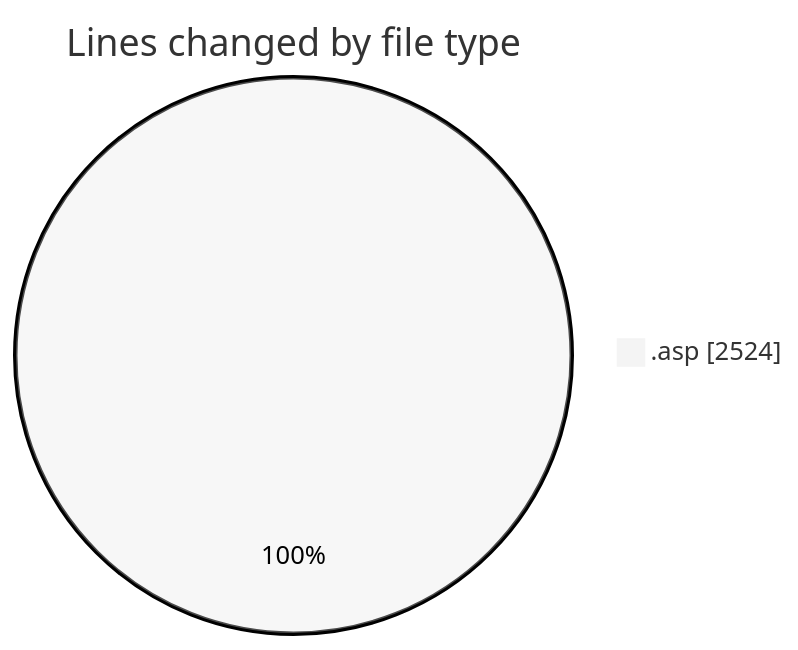
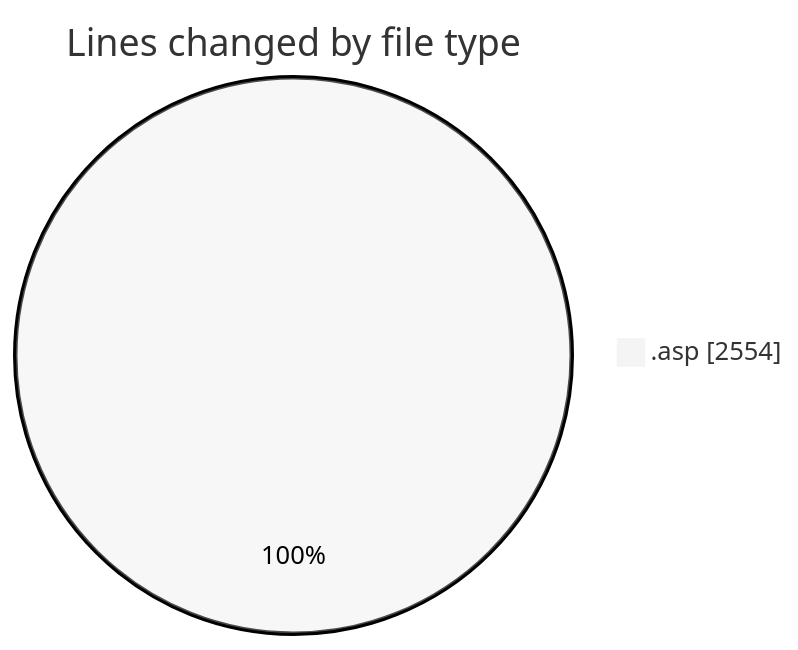
One commit to julien-gomy/code-tracking changed the first of 2 diagrams in 2025-10-31/cdp_aleoudev_fr__workspace_/README.md. Above: the diagram before and after it, drawn with Mermaid (neutral theme). The commit also changed other lines of this file and 1 other file, not shown here.

````diff
--- a/2025-10-31/cdp_aleoudev_fr__workspace_/README.md
+++ b/2025-10-31/cdp_aleoudev_fr__workspace_/README.md
@@ -21,5 +21,5 @@
 ```mermaid
 pie showData
 title Lines changed by file type
-".asp" : 2524
+".asp" : 2554
 ```
````
